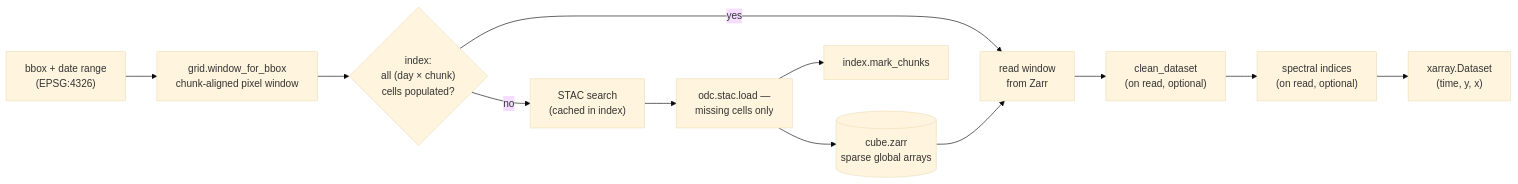
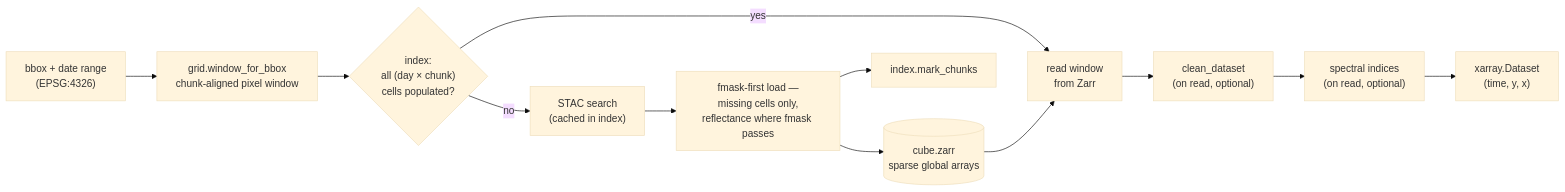
Before and after one commit to thestochasticman/pysentinel2: the diagram in docs/README.md, drawn with Mermaid (base theme). The commit also changed 13 other files, not shown here.

````diff
--- a/docs/README.md
+++ b/docs/README.md
@@ -29,14 +29,14 @@
 ```mermaid
 flowchart LR
     Q["bbox + date range<br/>(EPSG:4326)"] --> W["grid.window_for_bbox<br/>chunk-aligned pixel window"]
     W --> D{"index:<br/>all (day × chunk)<br/>cells populated?"}
     D -- "no" --> S["STAC search<br/>(cached in index)"]
-    S --> F["odc.stac.load —<br/>missing cells only"]
+    S --> F["fmask-first load —<br/>missing cells only,<br/>reflectance where fmask passes"]
     F --> Z[("cube.zarr<br/>sparse global arrays")]
     F --> M["index.mark_chunks"]
     D -- "yes" --> R["read window<br/>from Zarr"]
     Z --> R
     R --> C["clean_dataset<br/>(on read, optional)"]
     C --> I["spectral indices<br/>(on read, optional)"]
     I --> DS["xarray.Dataset<br/>(time, y, x)"]
 ```
````
